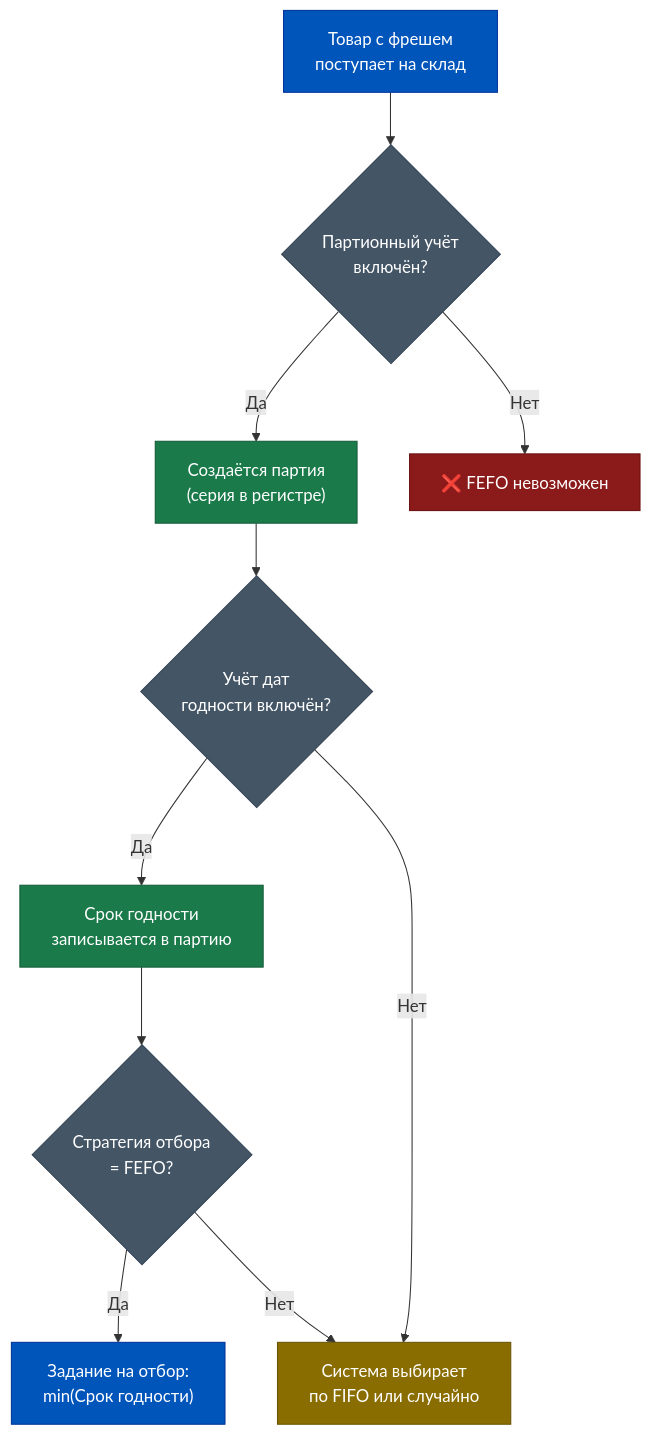
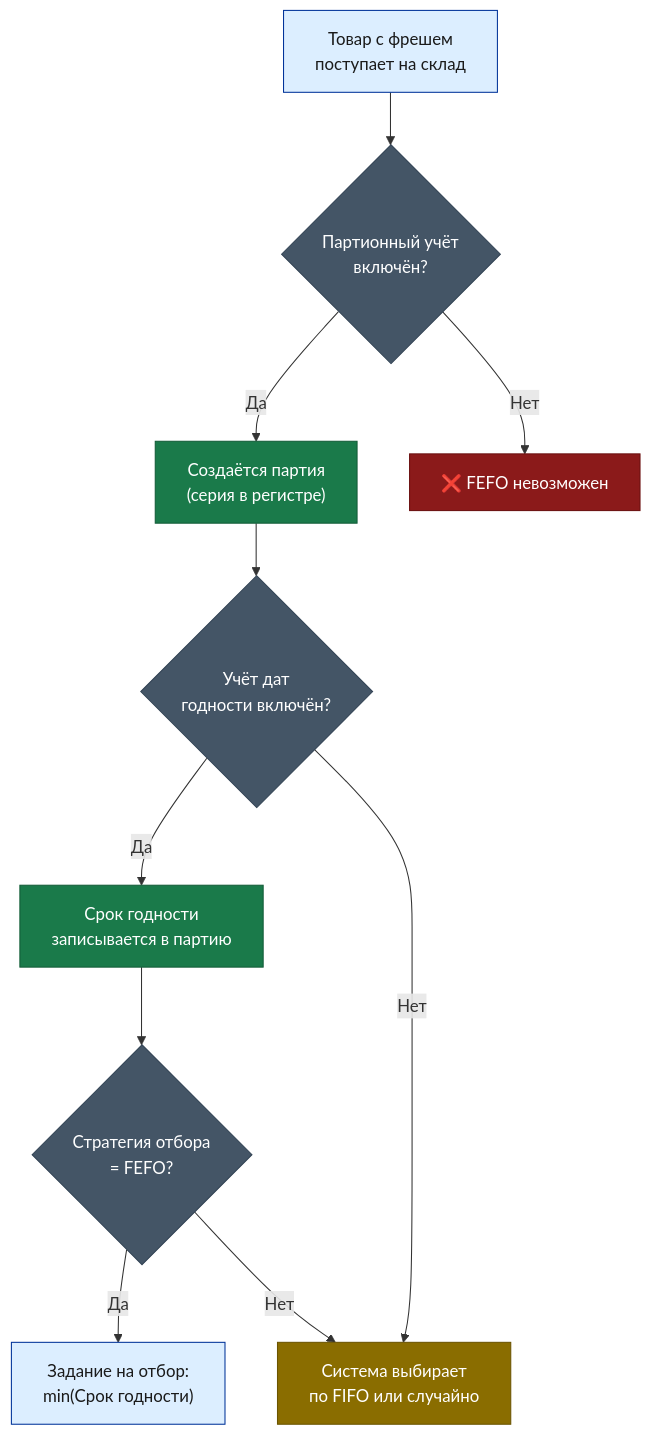
The first of 6 diagrams in content/1c-erp/week_4/Неделя 4 - День 4 - Сроки годности и FEFO.md (murad1986/1c-erp-quartz), drawn with Mermaid before and after one commit. The commit also changed other lines of this file and 57 other files, not shown here.

First line of the commit message:
fix: Mermaid — пастельные цвета в источниках диаграмм (56 файлов)

````diff
--- a/content/1c-erp/week_4/Неделя 4 - День 4 - Сроки годности и FEFO.md
+++ b/content/1c-erp/week_4/Неделя 4 - День 4 - Сроки годности и FEFO.md
@@ -87,29 +87,29 @@
 ```mermaid
 flowchart TD
     A["Товар с фрешем<br/>поступает на склад"]:::entry
     B{"Партионный учёт<br/>включён?"}:::check
     C["Создаётся партия<br/>(серия в регистре)"]:::ok
     D{"Учёт дат<br/>годности включён?"}:::check
     E["Срок годности<br/>записывается в партию"]:::ok
     F{"Стратегия отбора<br/>= FEFO?"}:::check
     G["Задание на отбор:<br/>min(Срок годности)"]:::result
     H["Система выбирает<br/>по FIFO или случайно"]:::warn
     I["❌ FEFO невозможен"]:::error
 
     A --> B
     B -- Да --> C
     B -- Нет --> I
     C --> D
     D -- Да --> E
     D -- Нет --> H
     E --> F
     F -- Да --> G
     F -- Нет --> H
 
-    classDef entry fill:#0055BB,color:#fff,stroke:#003399
+    classDef entry fill:#dceeff,color:#1a1a1a,stroke:#003399
     classDef check fill:#445566,color:#fff,stroke:#334455
     classDef ok fill:#1a7a4a,color:#fff,stroke:#135c38
-    classDef result fill:#0055BB,color:#fff,stroke:#003399
+    classDef result fill:#dceeff,color:#1a1a1a,stroke:#003399
     classDef warn fill:#8a6d00,color:#fff,stroke:#6b5400
     classDef error fill:#8b1a1a,color:#fff,stroke:#6b1010
 ```
````
